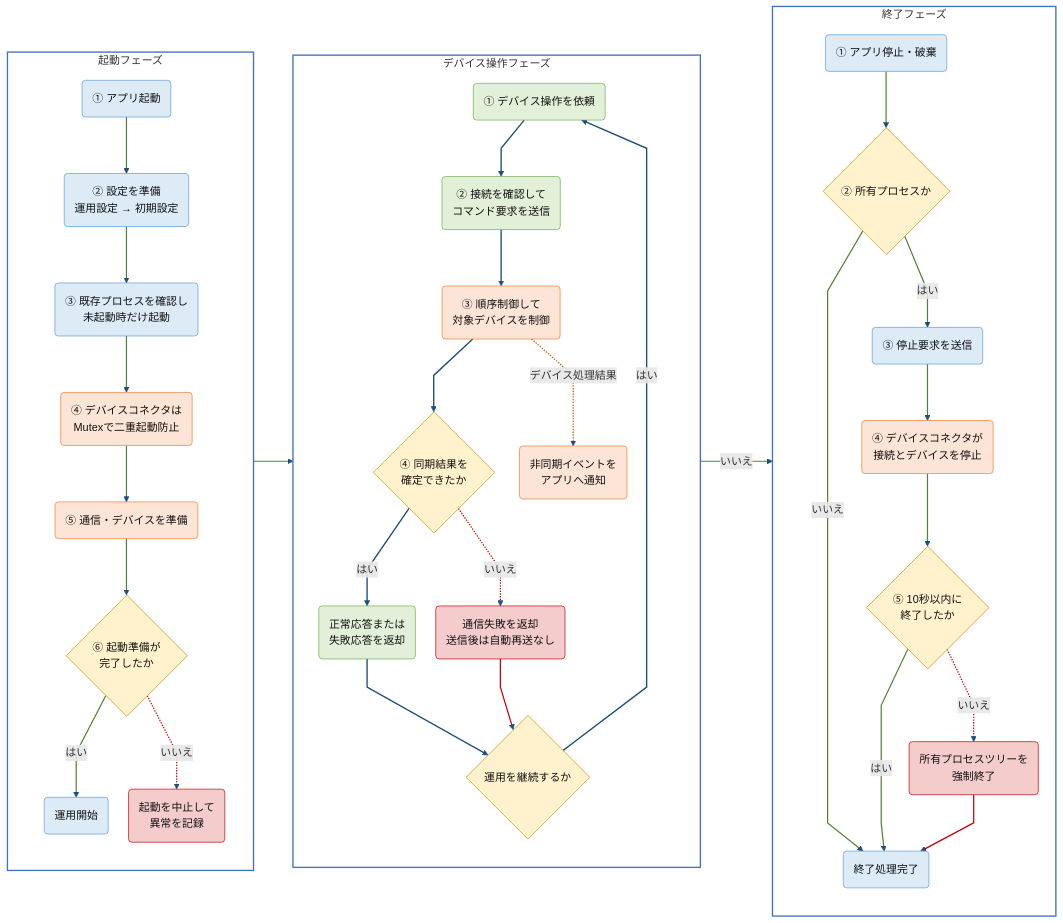
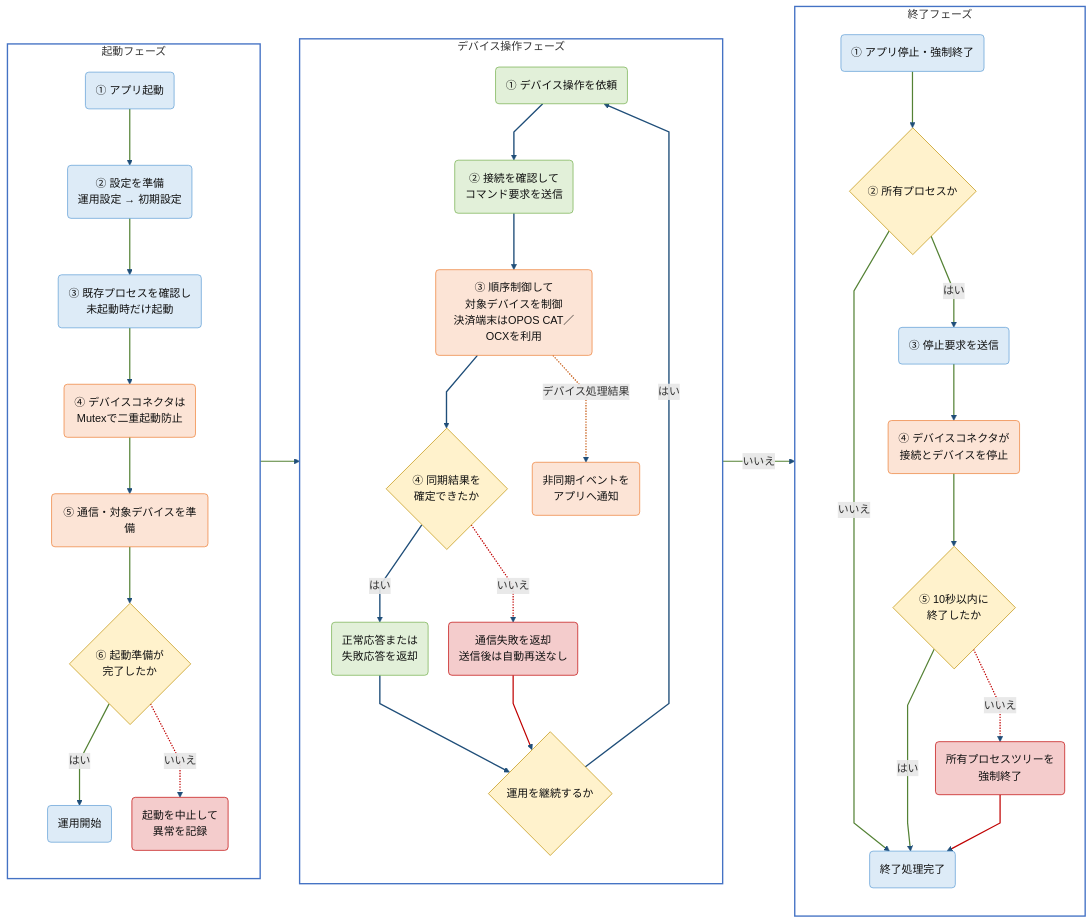
One commit to vti-sam/smj-ks-pos-stored changed the third of 3 diagrams in artifacts/reports/architecture/ARCH-HOST-01_タブレットPOS_デバイスコネクタ基本設計書/ARCH-HOST-01_タブレットPOS_デバイスコネクタ基本設計書.md. Above: the diagram before and after it, drawn with Mermaid. The commit also changed other lines of this file and 30 other files, not shown here.

````diff
--- a/artifacts/reports/architecture/ARCH-HOST-01_タブレットPOS_デバイスコネクタ基本設計書/ARCH-HOST-01_タブレットPOS_デバイスコネクタ基本設計書.md
+++ b/artifacts/reports/architecture/ARCH-HOST-01_タブレットPOS_デバイスコネクタ基本設計書/ARCH-HOST-01_タブレットPOS_デバイスコネクタ基本設計書.md
@@ -416,76 +429,76 @@
 ```mermaid
 %%{init: {"flowchart": {"defaultRenderer": "dagre", "curve": "linear", "nodeSpacing": 30, "rankSpacing": 58}}}%%
 flowchart LR
     subgraph START["起動フェーズ"]
         direction TB
         S1("① アプリ起動")
         S2("② 設定を準備<br/>運用設定 → 初期設定")
         S3("③ 既存プロセスを確認し<br/>未起動時だけ起動")
         S4("④ デバイスコネクタは<br/>Mutexで二重起動防止")
-        S5("⑤ 通信・デバイスを準備")
+        S5("⑤ 通信・対象デバイスを準備")
         S6{"⑥ 起動準備が<br/>完了したか"}
         S7("運用開始")
         START_ERROR("起動を中止して<br/>異常を記録")
 
         S1 --> S2 --> S3 --> S4 --> S5 --> S6
         S6 -->|はい| S7
         S6 -.->|いいえ| START_ERROR
     end
 
     subgraph OPERATION["デバイス操作フェーズ"]
         direction TB
         O1("① デバイス操作を依頼")
         O2("② 接続を確認して<br/>コマンド要求を送信")
-        O3("③ 順序制御して<br/>対象デバイスを制御")
+        O3("③ 順序制御して<br/>対象デバイスを制御<br/>決済端末はOPOS CAT／OCXを利用")
         O4{"④ 同期結果を<br/>確定できたか"}
         O5("正常応答または<br/>失敗応答を返却")
         COMM_ERROR("通信失敗を返却<br/>送信後は自動再送なし")
         O6{"運用を継続するか"}
         EVENT("非同期イベントを<br/>アプリへ通知")
 
         O1 --> O2 --> O3 --> O4
         O4 -->|はい| O5 --> O6
         O4 -.->|いいえ| COMM_ERROR --> O6
         O6 -->|はい| O1
         O3 -.->|デバイス処理結果| EVENT
     end
 
     subgraph STOP["終了フェーズ"]
         direction TB
-        T1("① アプリ停止・破棄")
+        T1("① アプリ停止・強制終了")
         T2{"② 所有プロセスか"}
         T3("③ 停止要求を送信")
         T4("④ デバイスコネクタが<br/>接続とデバイスを停止")
         T5{"⑤ 10秒以内に<br/>終了したか"}
         T6("所有プロセスツリーを<br/>強制終了")
         T7("終了処理完了")
 
         T1 --> T2
         T2 -->|いいえ| T7
         T2 -->|はい| T3
         T3 --> T4 --> T5
         T5 -->|はい| T7
         T5 -.->|いいえ| T6 --> T7
     end
 
     S7 --> O1
     O6 -->|いいえ| T1
 
     classDef app fill:#DDEBF7,stroke:#5B9BD5,color:#111111
     classDef control fill:#E2F0D9,stroke:#70AD47,color:#111111
     classDef host fill:#FCE4D6,stroke:#ED7D31,color:#111111
     classDef decision fill:#FFF2CC,stroke:#BF9000,color:#111111
     classDef error fill:#F4CCCC,stroke:#C00000,color:#111111
     class S1,S2,S3,S7,T1,T2,T3,T5,T7 app
     class O1,O2,O4,O5,O6 control
     class S4,S5,O3,EVENT,T4 host
     class S6,O4,O6,T2,T5 decision
     class START_ERROR,COMM_ERROR,T6 error
     style START fill:#FFFFFF,stroke:#4472C4,stroke-width:2px
     style OPERATION fill:#FFFFFF,stroke:#4472C4,stroke-width:2px
     style STOP fill:#FFFFFF,stroke:#4472C4,stroke-width:2px
     linkStyle default stroke:#1F4E79,stroke-width:2px
     linkStyle 6,12,13,22,23 stroke:#C00000,stroke-width:1.8px
     linkStyle 15 stroke:#C65911,stroke-width:1.8px
     linkStyle 0,1,2,3,4,5,16,17,18,19,20,21,24,25 stroke:#548235,stroke-width:1.8px
 ```
````
